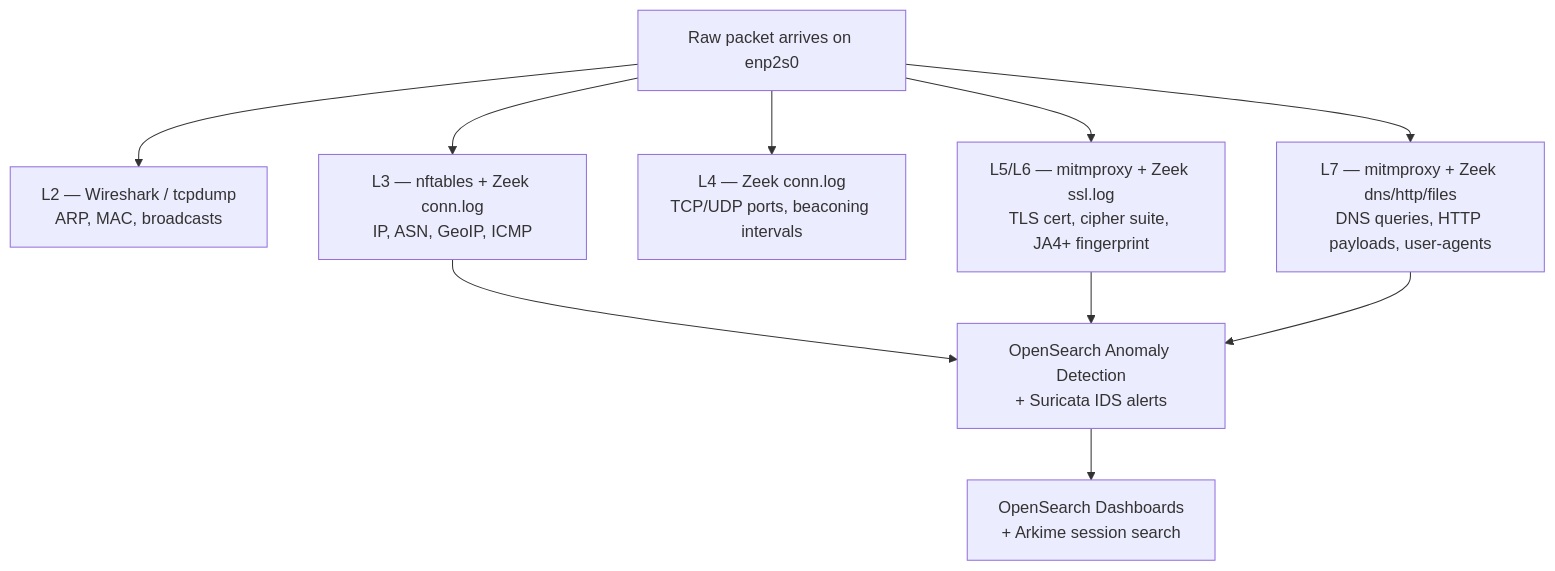
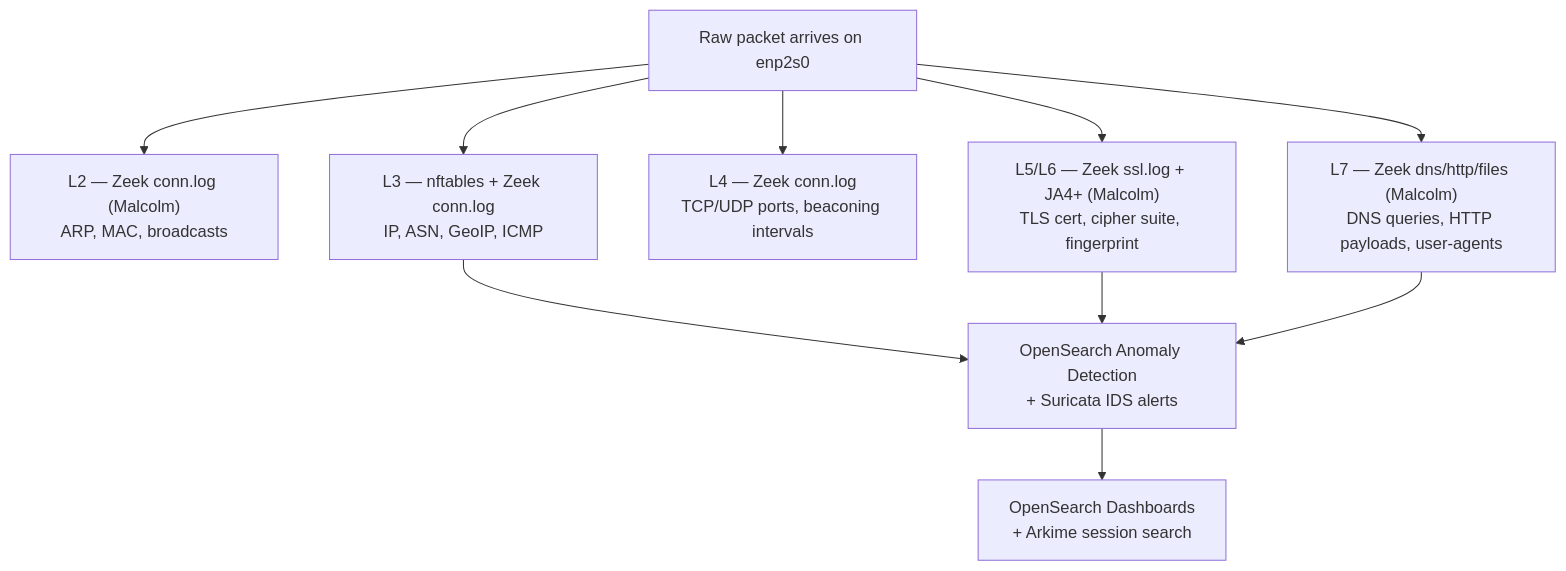
One commit to tommiLipponen/android-test-protocol changed the third of 5 diagrams in LAB-SETUP-GUIDE.md. Above: the diagram before and after it, drawn with Mermaid. The commit also changed other lines of this file, not shown here.

Commit message:
LAB-SETUP-GUIDE: remove all non-Malcolm standalone tool sections, Malcolm-only approach

````diff
--- a/LAB-SETUP-GUIDE.md
+++ b/LAB-SETUP-GUIDE.md
@@ -534,14 +360,14 @@
 ```mermaid
 flowchart TD
     PCAP["Raw packet arrives on enp2s0"]
-    PCAP --> L2["L2 — Wireshark / tcpdump\nARP, MAC, broadcasts"]
+    PCAP --> L2["L2 — Zeek conn.log (Malcolm)\nARP, MAC, broadcasts"]
     PCAP --> L3["L3 — nftables + Zeek conn.log\nIP, ASN, GeoIP, ICMP"]
     PCAP --> L4["L4 — Zeek conn.log\nTCP/UDP ports, beaconing intervals"]
-    PCAP --> L56["L5/L6 — mitmproxy + Zeek ssl.log\nTLS cert, cipher suite, JA4+ fingerprint"]
-    PCAP --> L7["L7 — mitmproxy + Zeek dns/http/files\nDNS queries, HTTP payloads, user-agents"]
+    PCAP --> L56["L5/L6 — Zeek ssl.log + JA4+ (Malcolm)\nTLS cert, cipher suite, fingerprint"]
+    PCAP --> L7["L7 — Zeek dns/http/files (Malcolm)\nDNS queries, HTTP payloads, user-agents"]
 
     L3 --> ALERT["OpenSearch Anomaly Detection\n+ Suricata IDS alerts"]
     L56 --> ALERT
     L7 --> ALERT
     ALERT --> DASH["OpenSearch Dashboards\n+ Arkime session search"]
 ```
````
